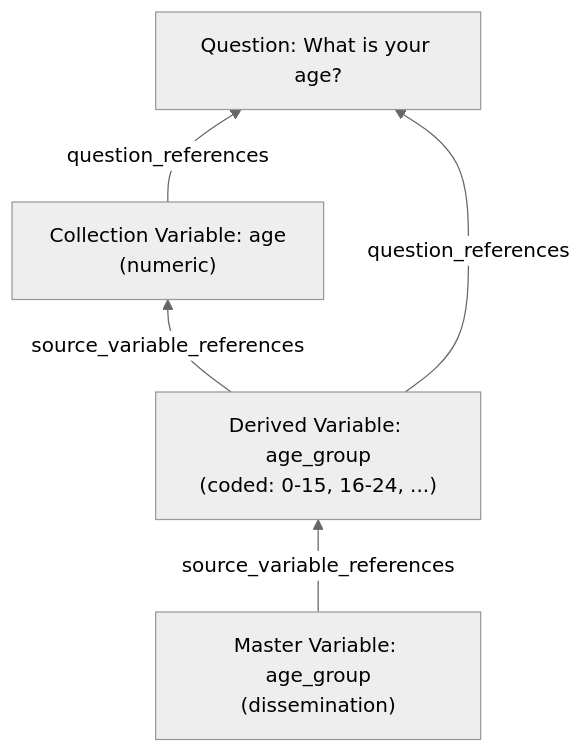
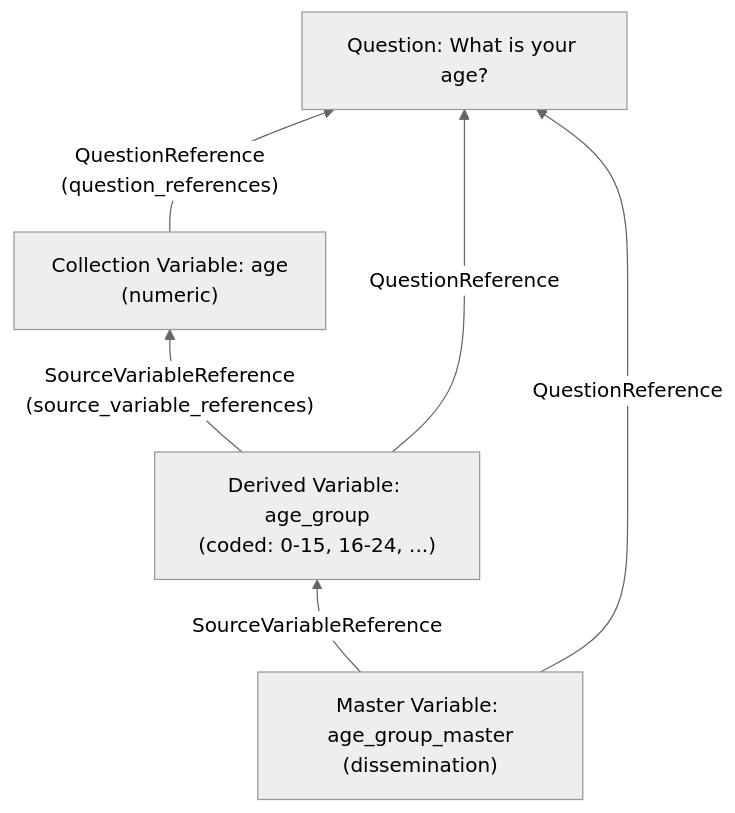
The second of 2 diagrams in docs/curriculum/module-11-data-lineage.en.md (pbisson44/ddi-l), drawn with Mermaid (neutral theme) before and after one commit. The commit also changed other lines of this file and 597 other files, not shown here.

````diff
--- a/docs/curriculum/module-11-data-lineage.en.md
+++ b/docs/curriculum/module-11-data-lineage.en.md
@@ -246,12 +247,13 @@
 ```mermaid
 flowchart BT
     Q1["Question: What is your age?"]
     V1["Collection Variable: age\n(numeric)"]
     V2["Derived Variable: age_group\n(coded: 0-15, 16-24, ...)"]
-    V3["Master Variable: age_group\n(dissemination)"]
+    V3["Master Variable: age_group_master\n(dissemination)"]
 
-    V1 -->|"question_references"| Q1
-    V2 -->|"question_references"| Q1
-    V2 -->|"source_variable_references"| V1
-    V3 -->|"source_variable_references"| V2
+    V1 -->|"QuestionReference\n(question_references)"| Q1
+    V2 -->|"QuestionReference"| Q1
+    V3 -->|"QuestionReference"| Q1
+    V2 -->|"SourceVariableReference\n(source_variable_references)"| V1
+    V3 -->|"SourceVariableReference"| V2
 ```
````
